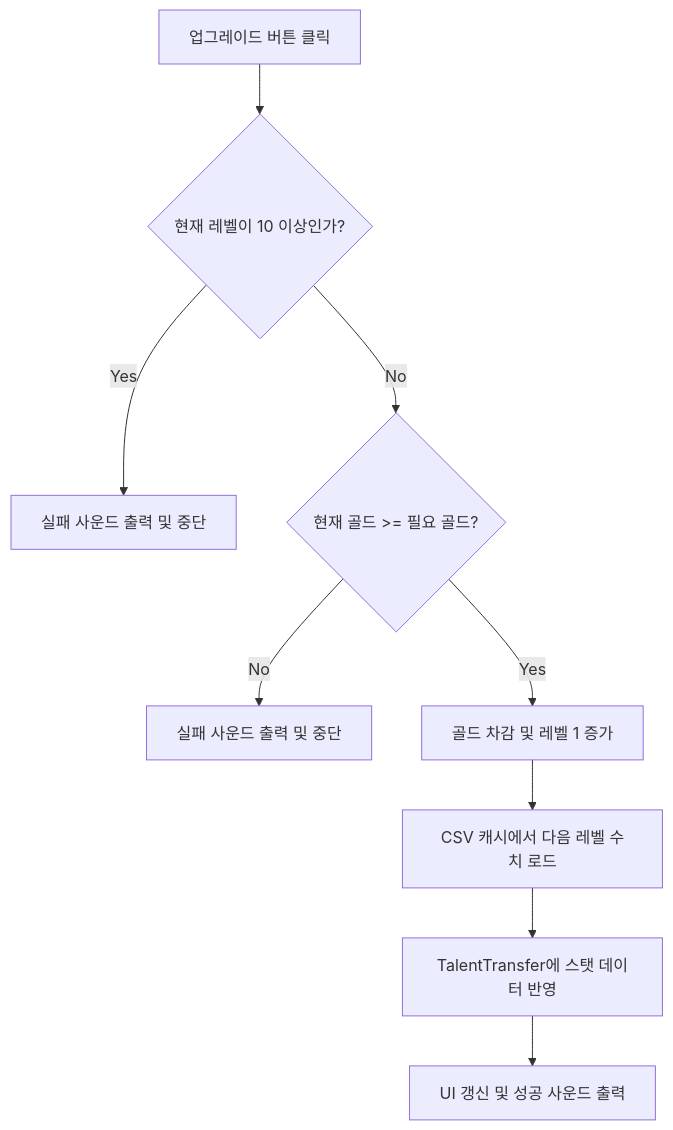
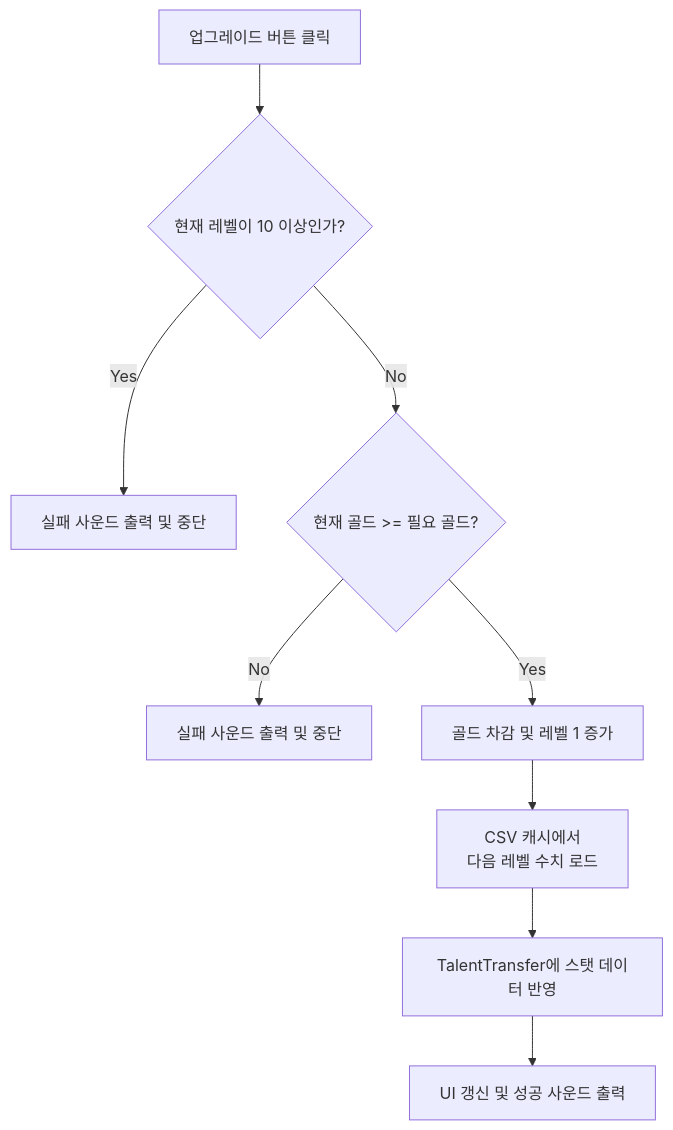
The diagram in Project_TripleSurvivor/TalentSystem.md (zergling-cute/zergling-cute), drawn with Mermaid before and after one commit.

````diff
--- a/Project_TripleSurvivor/TalentSystem.md
+++ b/Project_TripleSurvivor/TalentSystem.md
@@ -13,11 +13,11 @@
 ```mermaid
 flowchart TD
     A[업그레이드 버튼 클릭] --> B{현재 레벨이 10 이상인가?}
     B -- Yes --> C[실패 사운드 출력 및 중단]
     B -- No --> D{현재 골드 >= 필요 골드?}
     D -- No --> E[실패 사운드 출력 및 중단]
     D -- Yes --> F[골드 차감 및 레벨 1 증가]
-    F --> G[CSV 캐시에서 다음 레벨 수치 로드]
+    F --> G[CSV 캐시에서 <br>다음 레벨 수치 로드]
     G --> H[TalentTransfer에 스탯 데이터 반영]
     H --> I[UI 갱신 및 성공 사운드 출력]
 ```
````
